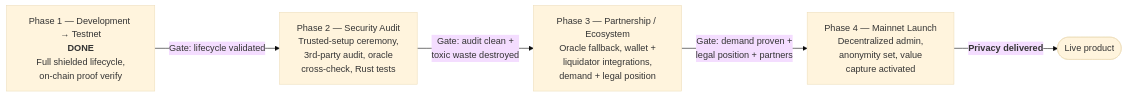
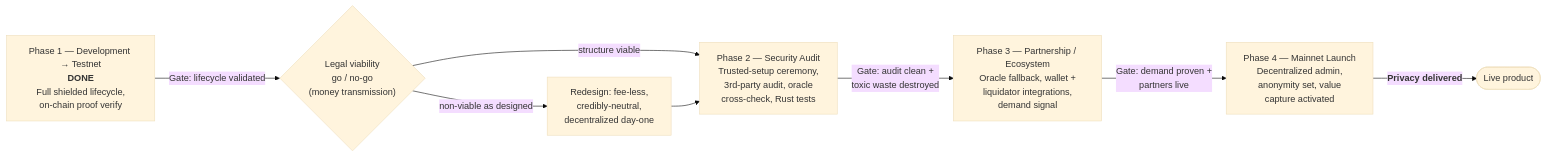
One commit to Whit3knight/StellarShield changed the second of 2 diagrams in docs/WHITEPAPER.md. Above: the diagram before and after it, drawn with Mermaid (base theme). The commit also changed other lines of this file and 1 other file, not shown here.

First line of the commit message:
docs: make legal viability the first gate (legal-first roadmap)

````diff
--- a/docs/WHITEPAPER.md
+++ b/docs/WHITEPAPER.md
@@ -627,12 +631,17 @@
 ```mermaid
 flowchart LR
     P1["Phase 1 — Development &rarr; Testnet<br/><b>DONE</b><br/>Full shielded lifecycle,<br/>on-chain proof verify"]
+    LEGAL{"Legal viability<br/>go / no-go<br/>(money transmission)"}
+    REDESIGN["Redesign: fee-less,<br/>credibly-neutral,<br/>decentralized day-one"]
     P2["Phase 2 — Security Audit<br/>Trusted-setup ceremony,<br/>3rd-party audit, oracle<br/>cross-check, Rust tests"]
-    P3["Phase 3 — Partnership / Ecosystem<br/>Oracle fallback, wallet +<br/>liquidator integrations,<br/>demand + legal position"]
+    P3["Phase 3 — Partnership / Ecosystem<br/>Oracle fallback, wallet +<br/>liquidator integrations,<br/>demand signal"]
     P4["Phase 4 — Mainnet Launch<br/>Decentralized admin,<br/>anonymity set, value<br/>capture activated"]
 
-    P1 -->|Gate: lifecycle validated| P2
+    P1 -->|Gate: lifecycle validated| LEGAL
+    LEGAL -->|structure viable| P2
+    LEGAL -->|non-viable as designed| REDESIGN
+    REDESIGN --> P2
     P2 -->|Gate: audit clean +<br/>toxic waste destroyed| P3
-    P3 -->|Gate: demand proven +<br/>legal position + partners| P4
+    P3 -->|Gate: demand proven +<br/>partners live| P4
     P4 -->|<b>Privacy delivered</b>| DONE([Live product])
 ```
````
